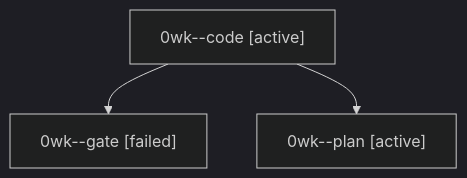
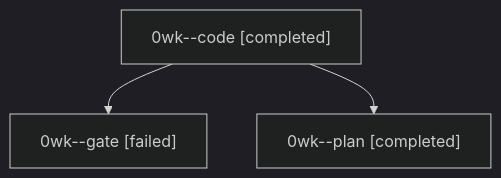
One commit to bobs-org/bob-cli--agents changed the diagram in sessions/bbugyi200.athena.0wk.md. Above: the diagram before and after it, drawn with Mermaid (dark theme). The commit also changed other lines of this file and 35 other files, not shown here.

````diff
--- a/sessions/bbugyi200.athena.0wk.md
+++ b/sessions/bbugyi200.athena.0wk.md
@@ -9,8 +9,8 @@
 ```mermaid
 flowchart TD
-  n0["0wk--code [active]"]
+  n0["0wk--code [completed]"]
   n1["0wk--gate [failed]"]
   n0 --> n1
-  n2["0wk--plan [active]"]
+  n2["0wk--plan [completed]"]
   n0 --> n2
 ```
````
